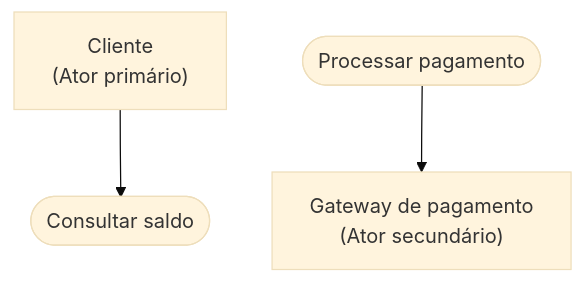
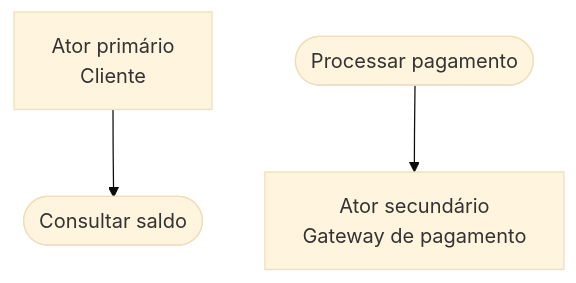
One commit to leorruas/puc changed the fourth of 11 diagrams in 07. Engenharia de Requisitos/08. Modelagem de requisitos com casos de uso e especificações textuais.md. Above: the diagram before and after it, drawn with Mermaid (base theme). The commit also changed other lines of this file, not shown here.

Commit message:
style(requisitos): aproximar casos de uso da notação uml

````diff
--- a/07. Engenharia de Requisitos/08. Modelagem de requisitos com casos de uso e especificações textuais.md
+++ b/07. Engenharia de Requisitos/08. Modelagem de requisitos com casos de uso e especificações textuais.md
@@ -131,5 +127,5 @@
 ```mermaid
 flowchart TD
-    Cliente["Cliente<br>(Ator primário)"] --> UC1(["Consultar saldo"])
-    UC2(["Processar pagamento"]) --> Gateway["Gateway de pagamento<br>(Ator secundário)"]
+    Cliente["Ator primário<br>Cliente"]:::external --> UC1(["Consultar saldo"]):::component
+    UC2(["Processar pagamento"]):::component --> Gateway["Ator secundário<br>Gateway de pagamento"]:::external
 ```
````
